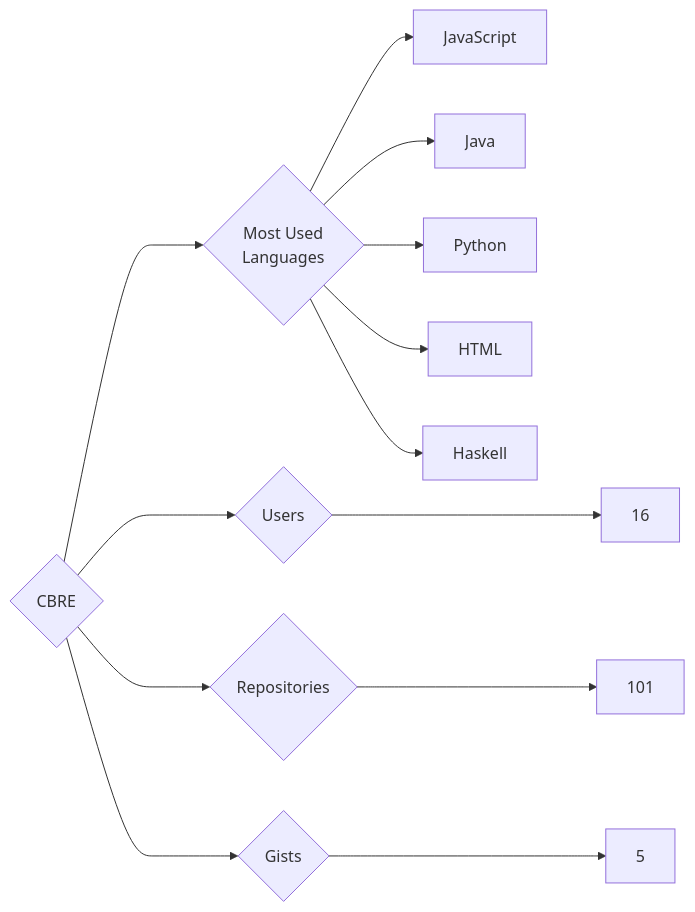
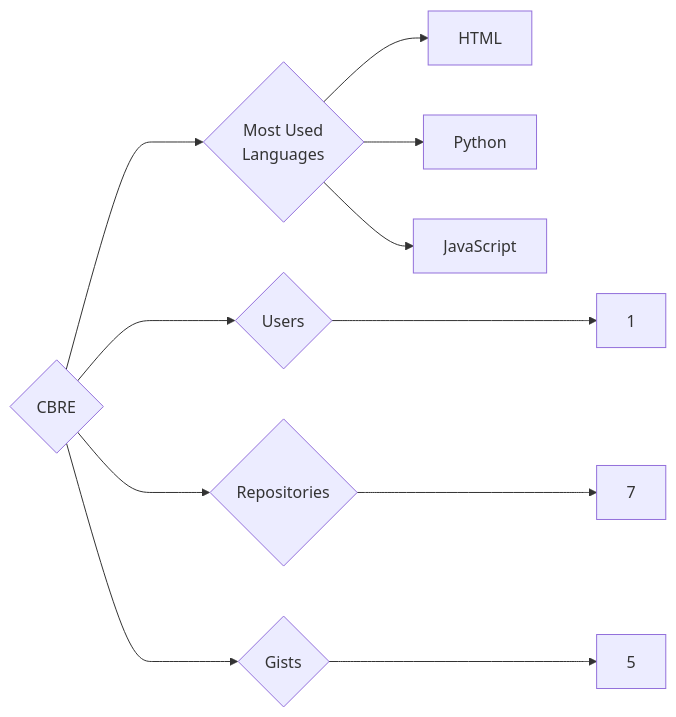
One commit to trickest/insiders changed the diagram in targets/CBRE/README.md. Above: the diagram before and after it, drawn with Mermaid. The commit also changed 823 other files, not shown here.

````diff
--- a/targets/CBRE/README.md
+++ b/targets/CBRE/README.md
@@ -3,13 +3,11 @@
 ```mermaid
 graph LR
 COMPANY_NAME{CBRE}
-COMPANY_NAME ---> U{Users} ---> UN[16]
-COMPANY_NAME ---> R{Repositories} ---> RN[101]
+COMPANY_NAME ---> U{Users} ---> UN[1]
+COMPANY_NAME ---> R{Repositories} ---> RN[7]
 COMPANY_NAME ---> G{Gists} ---> GN[5]
 COMPANY_NAME ---> ML{Most Used<br>Languages}
+ML --> HTML[HTML]
+ML --> Python[Python]
 ML --> JavaScript[JavaScript]
-ML --> Java[Java]
-ML --> Python[Python]
-ML --> HTML[HTML]
-ML --> Haskell[Haskell]
 ```
````
